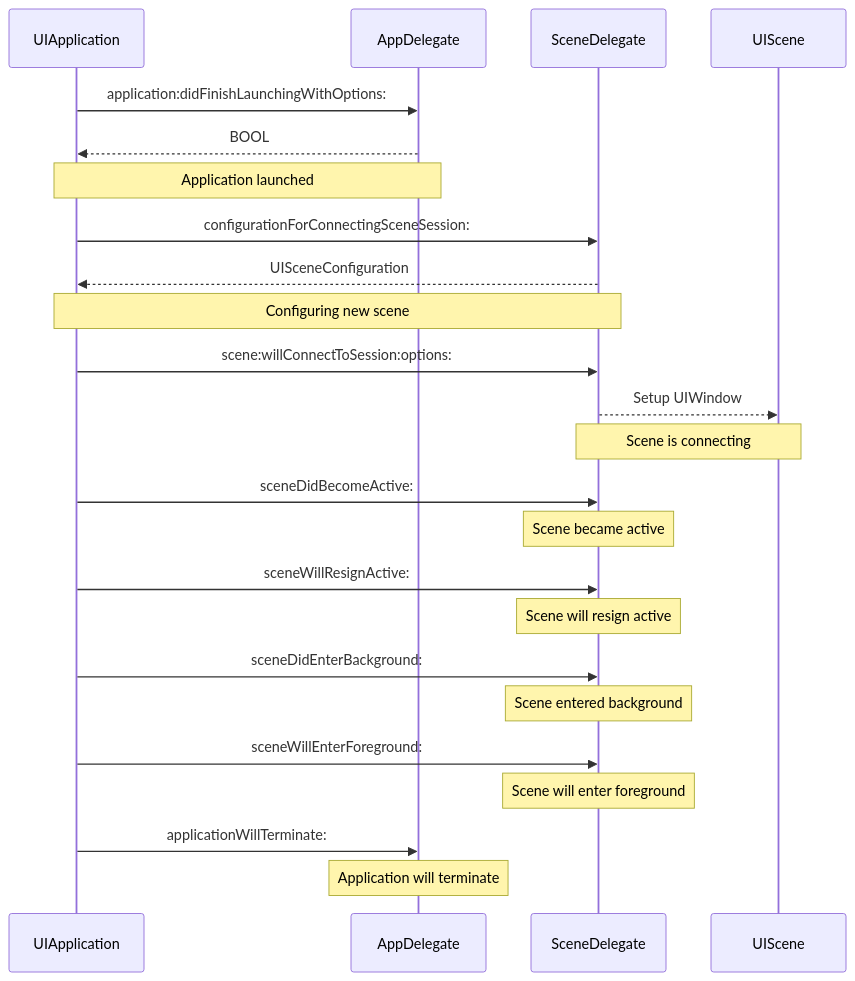
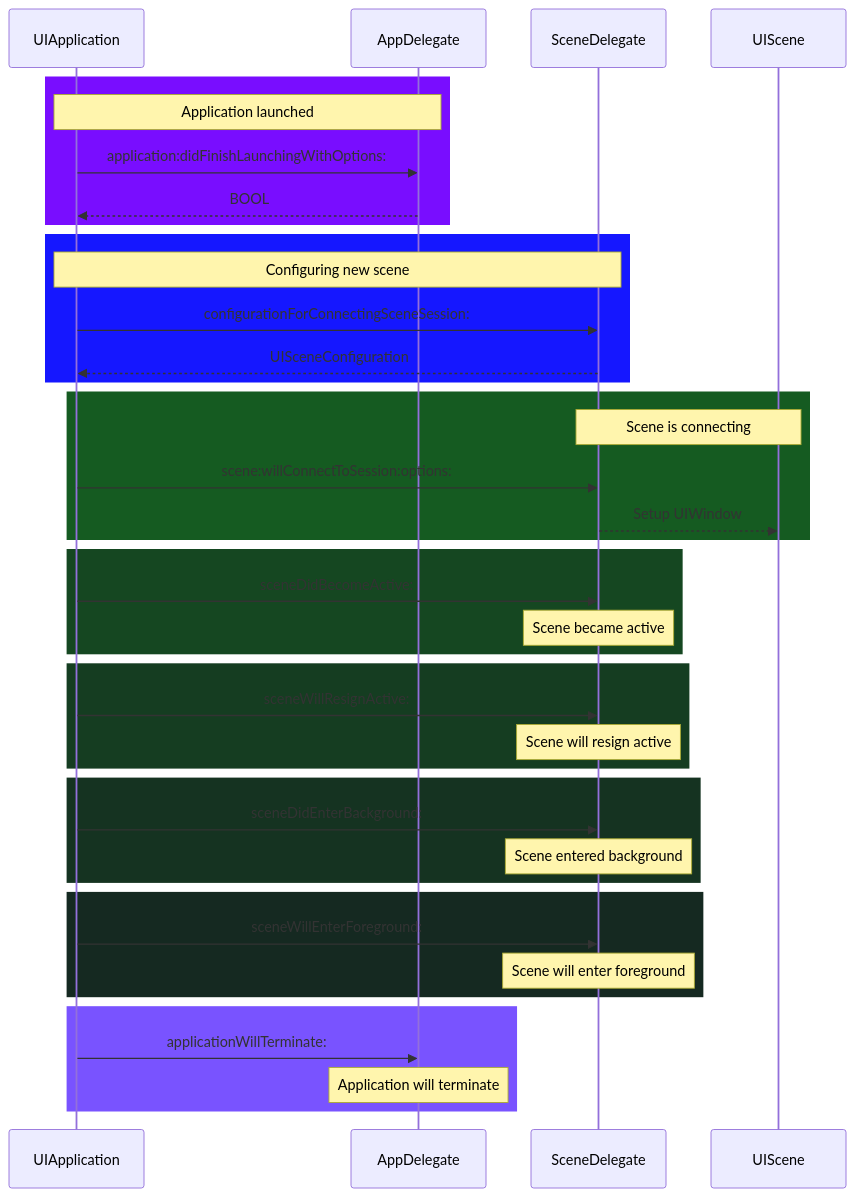
The third of 10 diagrams in Reversing_Engineer_through_Interfaces/Swift-generated_header_file_in_depth_in_Mermaid.md (CongLeSolutionX/iOS-development-vault), drawn with Mermaid before and after one commit. The commit also changed other lines of this file, not shown here.

Commit message:
update note with color codes

````diff
--- a/Reversing_Engineer_through_Interfaces/Swift-generated_header_file_in_depth_in_Mermaid.md
+++ b/Reversing_Engineer_through_Interfaces/Swift-generated_header_file_in_depth_in_Mermaid.md
@@ -192,37 +192,53 @@
 ```mermaid
 sequenceDiagram
+
     participant App as UIApplication
     participant AD as AppDelegate
     participant SD as SceneDelegate
     participant Scene as UIScene
-
+    
+    
+    rect rgb(121, 13, 255)
+    Note over App,AD: Application launched
     App ->> AD: application:didFinishLaunchingWithOptions:
     AD -->> App: BOOL
+    end
 
-    Note over App,AD: Application launched
-
+    rect rgb(21, 23, 255)
+    Note over App,SD: Configuring new scene
     App ->> SD: configurationForConnectingSceneSession:
     SD -->> App: UISceneConfiguration
+    end
 
-    Note over App,SD: Configuring new scene
-
+    rect rgb(21, 91, 33)
+    Note over SD,Scene: Scene is connecting
     App ->> SD: scene:willConnectToSession:options:
     SD -->> Scene: Setup UIWindow
+    end
 
-    Note over SD,Scene: Scene is connecting
-
+    rect rgb(21, 71, 33)
     App ->> SD: sceneDidBecomeActive:
     Note over SD: Scene became active
-
+    end
+    
+    rect rgb(21, 61, 33)
     App ->> SD: sceneWillResignActive:
     Note over SD: Scene will resign active
+    end
 
+    rect rgb(21, 51, 33)
     App ->> SD: sceneDidEnterBackground:
     Note over SD: Scene entered background
+    end
 
+    rect rgb(21, 41, 33)
     App ->> SD: sceneWillEnterForeground:
     Note over SD: Scene will enter foreground
+    end
 
+    rect rgb(121, 83, 255)
     App ->> AD: applicationWillTerminate:
     Note over AD: Application will terminate
+    end
+    
 ```
````
